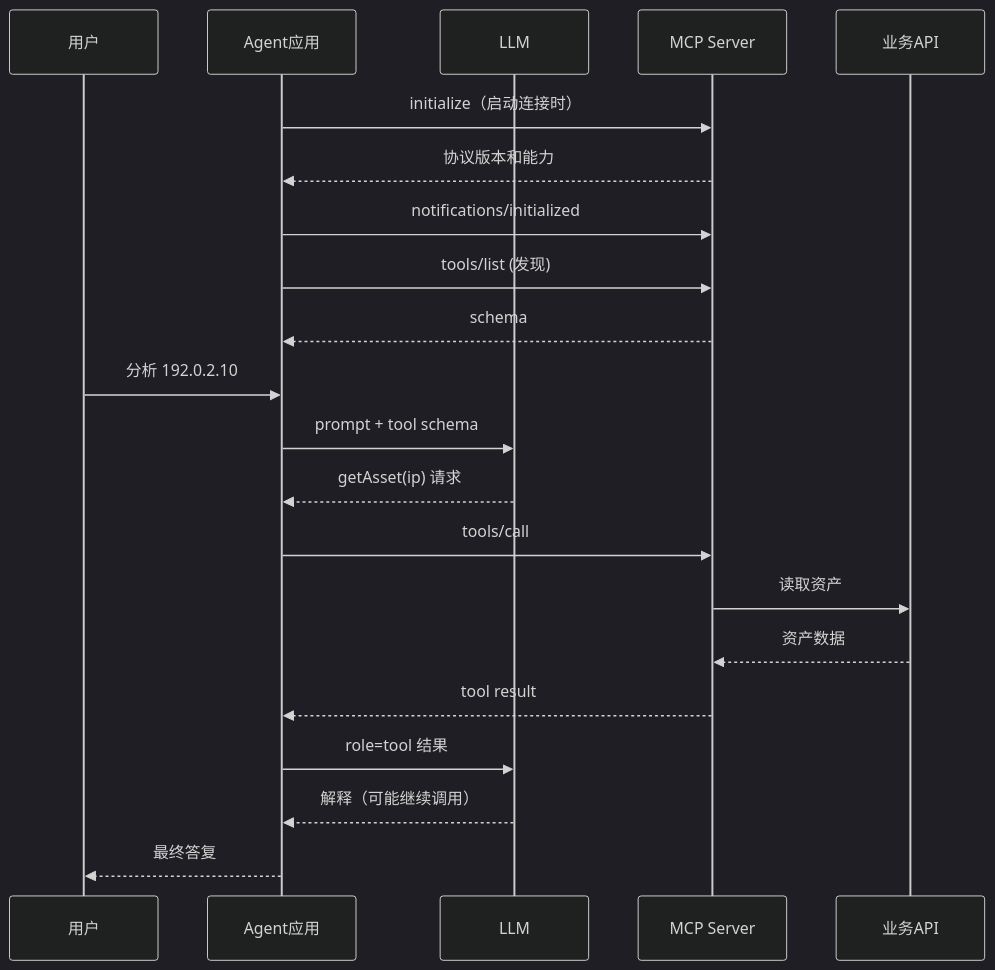
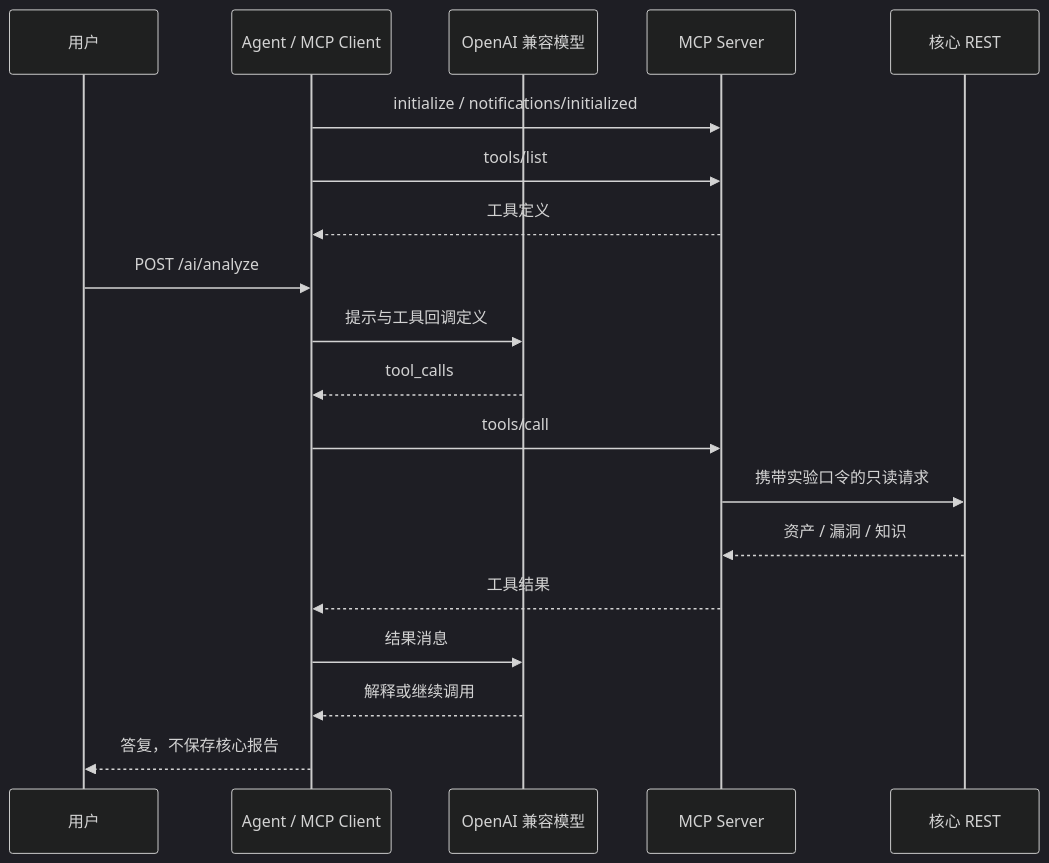
The diagram in docs/04-ToolCalling与MCP讲解.md (yuxuefenfei/asset-security-agent-lab), drawn with Mermaid (dark theme) before and after one commit. The commit also changed other lines of this file and 112 other files, not shown here.

````diff
--- a/docs/04-ToolCalling与MCP讲解.md
+++ b/docs/04-ToolCalling与MCP讲解.md
@@ -67,23 +59,21 @@
 ```mermaid
 sequenceDiagram
     participant User as 用户
-    participant A as Agent应用
-    participant L as LLM
+    participant A as Agent / MCP Client
+    participant L as OpenAI 兼容模型
     participant M as MCP Server
-    participant B as 业务API
-    A ->> M: initialize（启动连接时）
-    M -->> A: 协议版本和能力
-    A ->> M: notifications/initialized
-    A ->> M: tools/list (发现)
-    M -->> A: schema
-    User ->> A: 分析 192.0.2.10
-    A ->> L: prompt + tool schema
-    L -->> A: getAsset(ip) 请求
-    A ->> M: tools/call
-    M ->> B: 读取资产
-    B -->> M: 资产数据
-    M -->> A: tool result
-    A ->> L: role=tool 结果
-    L -->> A: 解释（可能继续调用）
-    A -->> User: 最终答复
+    participant B as 核心 REST
+    A->>M: initialize / notifications/initialized
+    A->>M: tools/list
+    M-->>A: 工具定义
+    User->>A: POST /ai/analyze
+    A->>L: 提示与工具回调定义
+    L-->>A: tool_calls
+    A->>M: tools/call
+    M->>B: 携带实验口令的只读请求
+    B-->>M: 资产 / 漏洞 / 知识
+    M-->>A: 工具结果
+    A->>L: 结果消息
+    L-->>A: 解释或继续调用
+    A-->>User: 答复，不保存核心报告
 ```
````
